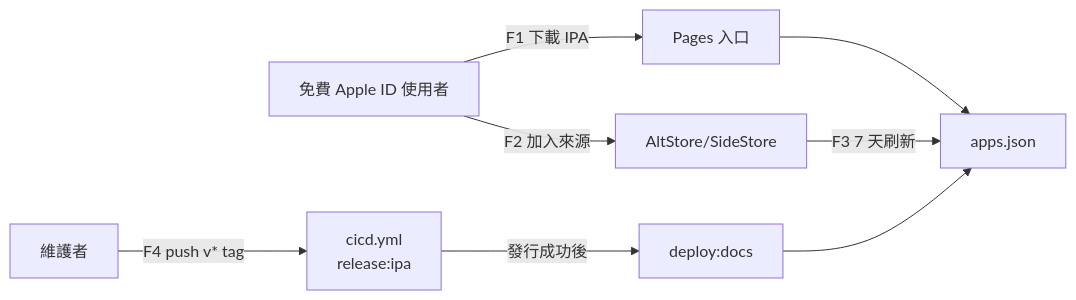
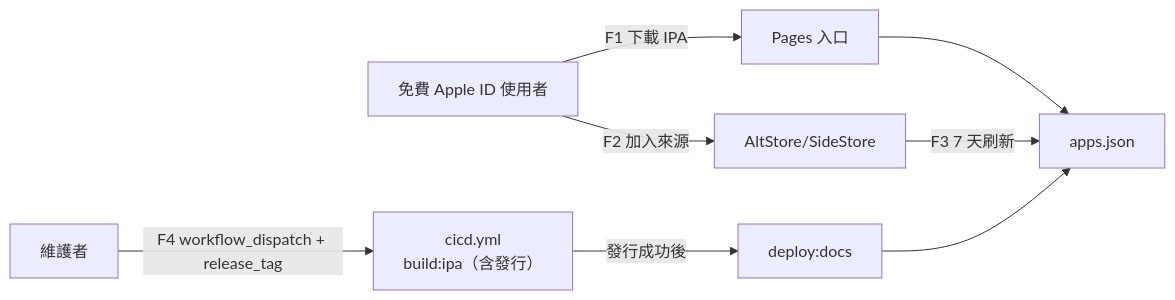
One commit to Mcc-Mak/ios-app changed the diagram in docbase/prd.md. Above: the diagram before and after it, drawn with Mermaid. The commit also changed other lines of this file and 37 other files, not shown here.

````diff
--- a/docbase/prd.md
+++ b/docbase/prd.md
@@ -5,10 +5,10 @@
 ```mermaid
 flowchart LR
   user["免費 Apple ID 使用者"] -->|"F1 下載 IPA"| portal["Pages 入口"]
   user -->|"F2 加入來源"| altstore["AltStore/SideStore"]
   altstore -->|"F3 7 天刷新"| feed["apps.json"]
-  maint["維護者"] -->|"F4 push v* tag"| release["cicd.yml<br/>release:ipa"]
+  maint["維護者"] -->|"F4 workflow_dispatch + release_tag"| release["cicd.yml<br/>build:ipa（含發行）"]
   release -->|"發行成功後"| pages["deploy:docs"]
   pages --> feed
   portal --> feed
 ```
````
